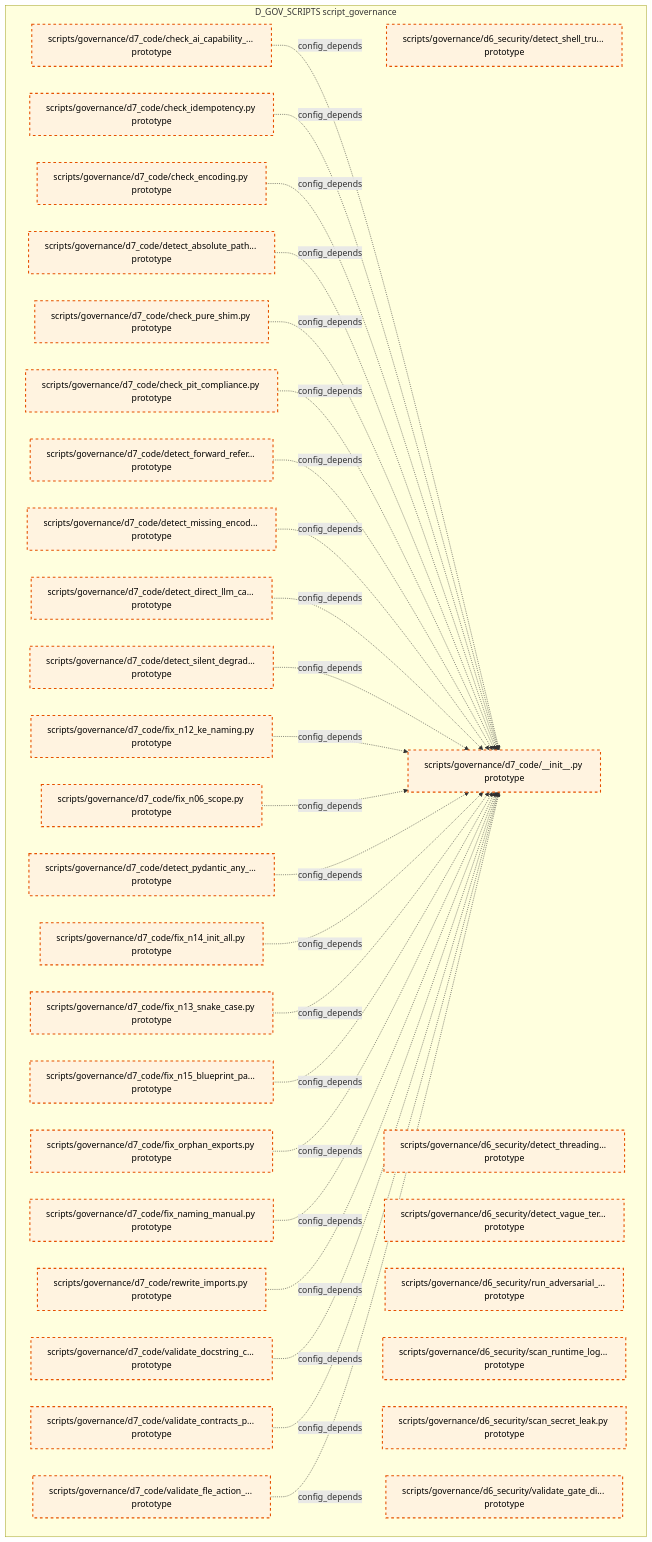
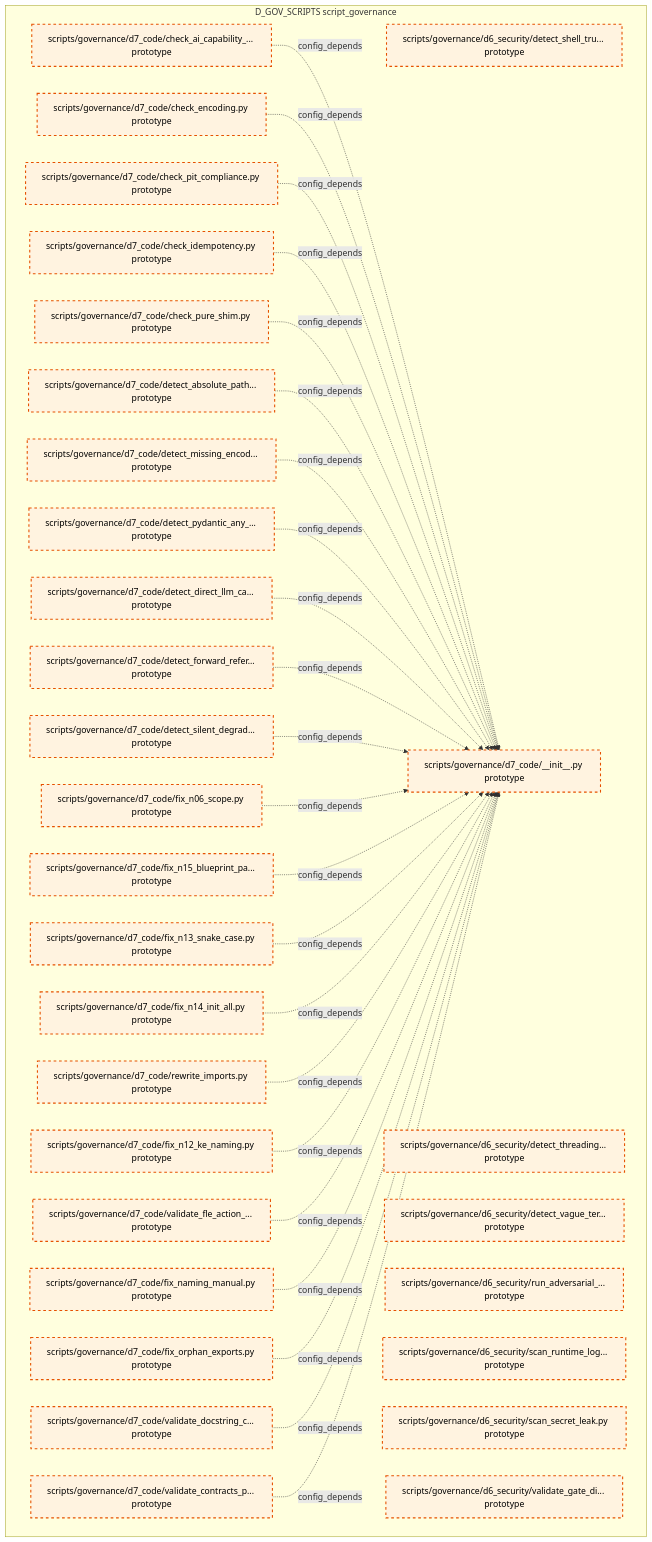
Before and after one commit to xuanFelixVan/ZephyrAlpha: the tenth of 15 diagrams in docs/02_enterprise_architecture/02_domain_architecture_docs/36_d_gov_scripts.md, drawn with Mermaid. The commit also changed other lines of this file and 99 other files, not shown here.

````diff
--- a/docs/02_enterprise_architecture/02_domain_architecture_docs/36_d_gov_scripts.md
+++ b/docs/02_enterprise_architecture/02_domain_architecture_docs/36_d_gov_scripts.md
@@ -690,62 +690,62 @@
 ```mermaid
 graph TD
     subgraph D_GOV_SCRIPTS["D_GOV_SCRIPTS script_governance"]
         scripts_governance_d6_security_detect_shell_true_py["scripts/governance/d6_security/detect_shell_tru... prototype"]
         scripts_governance_d6_security_detect_threading_lock_py["scripts/governance/d6_security/detect_threading... prototype"]
         scripts_governance_d6_security_detect_vague_terms_py["scripts/governance/d6_security/detect_vague_ter... prototype"]
         scripts_governance_d6_security_run_adversarial_checks_py["scripts/governance/d6_security/run_adversarial_... prototype"]
         scripts_governance_d6_security_scan_runtime_log_secrets_py["scripts/governance/d6_security/scan_runtime_log... prototype"]
         scripts_governance_d6_security_scan_secret_leak_py["scripts/governance/d6_security/scan_secret_leak.py prototype"]
         scripts_governance_d6_security_validate_gate_discipline_py["scripts/governance/d6_security/validate_gate_di... prototype"]
         scripts_governance_d7_code_init_py["scripts/governance/d7_code/__init__.py prototype"]
         scripts_governance_d7_code_check_ai_capability_boundary_py["scripts/governance/d7_code/check_ai_capability_... prototype"]
         scripts_governance_d7_code_check_encoding_py["scripts/governance/d7_code/check_encoding.py prototype"]
         scripts_governance_d7_code_check_idempotency_py["scripts/governance/d7_code/check_idempotency.py prototype"]
         scripts_governance_d7_code_check_pit_compliance_py["scripts/governance/d7_code/check_pit_compliance.py prototype"]
         scripts_governance_d7_code_check_pure_shim_py["scripts/governance/d7_code/check_pure_shim.py prototype"]
         scripts_governance_d7_code_detect_absolute_path_hardcoding_py["scripts/governance/d7_code/detect_absolute_path... prototype"]
         scripts_governance_d7_code_detect_direct_llm_calls_py["scripts/governance/d7_code/detect_direct_llm_ca... prototype"]
         scripts_governance_d7_code_detect_forward_reference_py["scripts/governance/d7_code/detect_forward_refer... prototype"]
         scripts_governance_d7_code_detect_missing_encoding_py["scripts/governance/d7_code/detect_missing_encod... prototype"]
         scripts_governance_d7_code_detect_pydantic_any_fields_py["scripts/governance/d7_code/detect_pydantic_any_... prototype"]
         scripts_governance_d7_code_detect_silent_degradation_py["scripts/governance/d7_code/detect_silent_degrad... prototype"]
         scripts_governance_d7_code_fix_n06_scope_py["scripts/governance/d7_code/fix_n06_scope.py prototype"]
         scripts_governance_d7_code_fix_n12_ke_naming_py["scripts/governance/d7_code/fix_n12_ke_naming.py prototype"]
         scripts_governance_d7_code_fix_n13_snake_case_py["scripts/governance/d7_code/fix_n13_snake_case.py prototype"]
         scripts_governance_d7_code_fix_n14_init_all_py["scripts/governance/d7_code/fix_n14_init_all.py prototype"]
         scripts_governance_d7_code_fix_n15_blueprint_path_py["scripts/governance/d7_code/fix_n15_blueprint_pa... prototype"]
         scripts_governance_d7_code_fix_naming_manual_py["scripts/governance/d7_code/fix_naming_manual.py prototype"]
         scripts_governance_d7_code_fix_orphan_exports_py["scripts/governance/d7_code/fix_orphan_exports.py prototype"]
         scripts_governance_d7_code_rewrite_imports_py["scripts/governance/d7_code/rewrite_imports.py prototype"]
         scripts_governance_d7_code_validate_contracts_purity_py["scripts/governance/d7_code/validate_contracts_p... prototype"]
         scripts_governance_d7_code_validate_docstring_coverage_py["scripts/governance/d7_code/validate_docstring_c... prototype"]
         scripts_governance_d7_code_validate_fle_action_metadata_py["scripts/governance/d7_code/validate_fle_action_... prototype"]
     end
     scripts_governance_d7_code_check_ai_capability_boundary_py -.->|config_depends| scripts_governance_d7_code_init_py
+    scripts_governance_d7_code_check_encoding_py -.->|config_depends| scripts_governance_d7_code_init_py
+    scripts_governance_d7_code_check_pit_compliance_py -.->|config_depends| scripts_governance_d7_code_init_py
     scripts_governance_d7_code_check_idempotency_py -.->|config_depends| scripts_governance_d7_code_init_py
-    scripts_governance_d7_code_check_encoding_py -.->|config_depends| scripts_governance_d7_code_init_py
+    scripts_governance_d7_code_check_pure_shim_py -.->|config_depends| scripts_governance_d7_code_init_py
     scripts_governance_d7_code_detect_absolute_path_hardcoding_py -.->|config_depends| scripts_governance_d7_code_init_py
-    scripts_governance_d7_code_check_pure_shim_py -.->|config_depends| scripts_governance_d7_code_init_py
-    scripts_governance_d7_code_check_pit_compliance_py -.->|config_depends| scripts_governance_d7_code_init_py
+    scripts_governance_d7_code_detect_missing_encoding_py -.->|config_depends| scripts_governance_d7_code_init_py
+    scripts_governance_d7_code_detect_pydantic_any_fields_py -.->|config_depends| scripts_governance_d7_code_init_py
+    scripts_governance_d7_code_detect_direct_llm_calls_py -.->|config_depends| scripts_governance_d7_code_init_py
     scripts_governance_d7_code_detect_forward_reference_py -.->|config_depends| scripts_governance_d7_code_init_py
-    scripts_governance_d7_code_detect_missing_encoding_py -.->|config_depends| scripts_governance_d7_code_init_py
-    scripts_governance_d7_code_detect_direct_llm_calls_py -.->|config_depends| scripts_governance_d7_code_init_py
     scripts_governance_d7_code_detect_silent_degradation_py -.->|config_depends| scripts_governance_d7_code_init_py
+    scripts_governance_d7_code_fix_n06_scope_py -.->|config_depends| scripts_governance_d7_code_init_py
+    scripts_governance_d7_code_fix_n15_blueprint_path_py -.->|config_depends| scripts_governance_d7_code_init_py
+    scripts_governance_d7_code_fix_n13_snake_case_py -.->|config_depends| scripts_governance_d7_code_init_py
+    scripts_governance_d7_code_fix_n14_init_all_py -.->|config_depends| scripts_governance_d7_code_init_py
+    scripts_governance_d7_code_rewrite_imports_py -.->|config_depends| scripts_governance_d7_code_init_py
     scripts_governance_d7_code_fix_n12_ke_naming_py -.->|config_depends| scripts_governance_d7_code_init_py
-    scripts_governance_d7_code_fix_n06_scope_py -.->|config_depends| scripts_governance_d7_code_init_py
-    scripts_governance_d7_code_detect_pydantic_any_fields_py -.->|config_depends| scripts_governance_d7_code_init_py
-    scripts_governance_d7_code_fix_n14_init_all_py -.->|config_depends| scripts_governance_d7_code_init_py
-    scripts_governance_d7_code_fix_n13_snake_case_py -.->|config_depends| scripts_governance_d7_code_init_py
-    scripts_governance_d7_code_fix_n15_blueprint_path_py -.->|config_depends| scripts_governance_d7_code_init_py
+    scripts_governance_d7_code_validate_fle_action_metadata_py -.->|config_depends| scripts_governance_d7_code_init_py
+    scripts_governance_d7_code_fix_naming_manual_py -.->|config_depends| scripts_governance_d7_code_init_py
     scripts_governance_d7_code_fix_orphan_exports_py -.->|config_depends| scripts_governance_d7_code_init_py
-    scripts_governance_d7_code_fix_naming_manual_py -.->|config_depends| scripts_governance_d7_code_init_py
-    scripts_governance_d7_code_rewrite_imports_py -.->|config_depends| scripts_governance_d7_code_init_py
     scripts_governance_d7_code_validate_docstring_coverage_py -.->|config_depends| scripts_governance_d7_code_init_py
     scripts_governance_d7_code_validate_contracts_purity_py -.->|config_depends| scripts_governance_d7_code_init_py
-    scripts_governance_d7_code_validate_fle_action_metadata_py -.->|config_depends| scripts_governance_d7_code_init_py
     classDef production fill:#e1f5fe,stroke:#01579b,stroke-width:2px,color:#000
     classDef design fill:#fff3e0,stroke:#e65100,stroke-width:2px,color:#000,stroke-dasharray: 5 5
     classDef external_prod fill:#e8f5e9,stroke:#1b5e20,stroke-width:1px,color:#000
     classDef external_design fill:#fce4ec,stroke:#880e4f,stroke-width:1px,color:#000,stroke-dasharray: 5 5
     class scripts_governance_d6_security_detect_shell_true_py,scripts_governance_d6_security_detect_threading_lock_py,scripts_governance_d6_security_detect_vague_terms_py,scripts_governance_d6_security_run_adversarial_checks_py,scripts_governance_d6_security_scan_runtime_log_secrets_py,scripts_governance_d6_security_scan_secret_leak_py,scripts_governance_d6_security_validate_gate_discipline_py,scripts_governance_d7_code_init_py,scripts_governance_d7_code_check_ai_capability_boundary_py,scripts_governance_d7_code_check_encoding_py,scripts_governance_d7_code_check_idempotency_py,scripts_governance_d7_code_check_pit_compliance_py,scripts_governance_d7_code_check_pure_shim_py,scripts_governance_d7_code_detect_absolute_path_hardcoding_py,scripts_governance_d7_code_detect_direct_llm_calls_py,scripts_governance_d7_code_detect_forward_reference_py,scripts_governance_d7_code_detect_missing_encoding_py,scripts_governance_d7_code_detect_pydantic_any_fields_py,scripts_governance_d7_code_detect_silent_degradation_py,scripts_governance_d7_code_fix_n06_scope_py,scripts_governance_d7_code_fix_n12_ke_naming_py,scripts_governance_d7_code_fix_n13_snake_case_py,scripts_governance_d7_code_fix_n14_init_all_py,scripts_governance_d7_code_fix_n15_blueprint_path_py,scripts_governance_d7_code_fix_naming_manual_py,scripts_governance_d7_code_fix_orphan_exports_py,scripts_governance_d7_code_rewrite_imports_py,scripts_governance_d7_code_validate_contracts_purity_py,scripts_governance_d7_code_validate_docstring_coverage_py,scripts_governance_d7_code_validate_fle_action_metadata_py design
 ```
````
